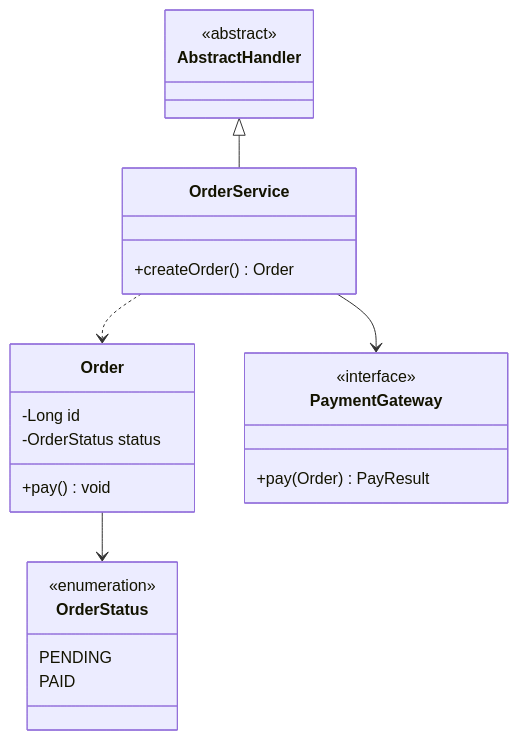
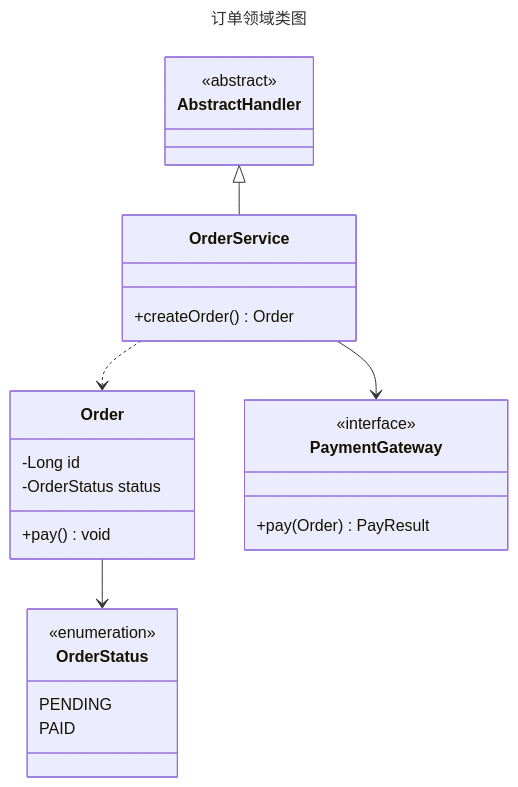
Before and after one commit to huang-hee/diagram-kit: the first of 9 diagrams in references/types-modeling.md, drawn with Mermaid. The commit also changed other lines of this file and 248 other files, not shown here.

First line of the commit message:
feat: 示例按统一风格重做，补齐 42 张 drawio 整图示例，默认工具改为 drawio

````diff
--- a/references/types-modeling.md
+++ b/references/types-modeling.md
@@ -31,32 +31,35 @@
 ```mermaid
+---
+title: 订单领域类图
+---
 classDiagram
   class Order {
     -Long id
     -OrderStatus status
     +pay() void
   }
   class OrderService {
     +createOrder() Order
   }
   class PaymentGateway {
     <<interface>>
     +pay(Order) PayResult
   }
   class OrderStatus {
     <<enumeration>>
     PENDING
     PAID
   }
   class AbstractHandler {
     <<abstract>>
   }
   OrderService --> PaymentGateway
   OrderService ..> Order
   Order --> OrderStatus
   AbstractHandler <|-- OrderService
   class OrderService:::focus
   class PaymentGateway:::iface
   class OrderStatus:::enum
   class AbstractHandler:::abstract
   class Order:::cls
 ```
````
